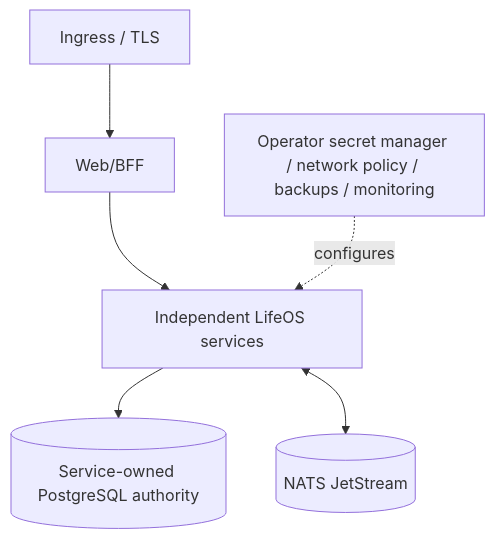
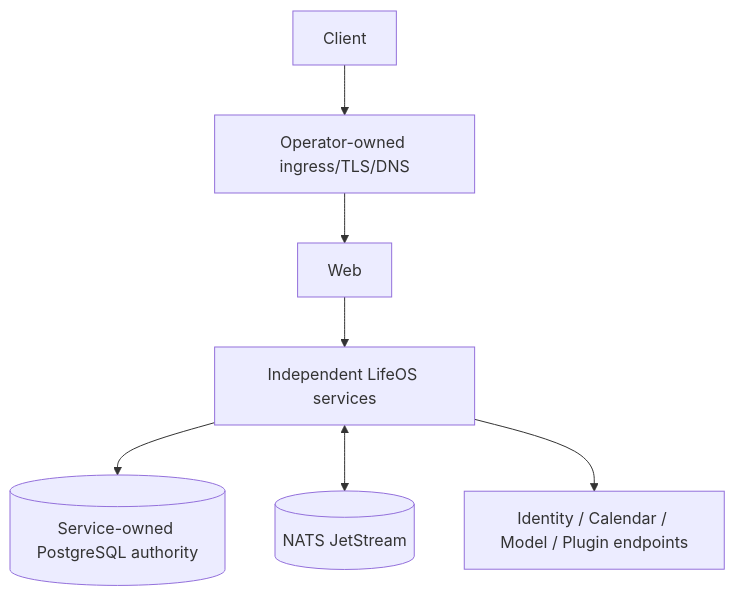
Before and after one commit to ContextualWisdomLab/life-os: diagram 13 of 14 in docs/UML.md, drawn with Mermaid. The commit also changed other lines of this file, not shown here.

Commit message:
docs(uml): reconcile current integration and verification flows

````diff
--- a/docs/UML.md
+++ b/docs/UML.md
@@ -248,8 +232,9 @@
 ```mermaid
 flowchart TB
-    Ingress[Ingress / TLS] --> Web[Web/BFF]
+    Client --> Ingress[Operator-owned ingress/TLS/DNS]
+    Ingress --> Web
     Web --> Services[Independent LifeOS services]
     Services --> Pg[(Service-owned PostgreSQL authority)]
     Services <--> NATS[(NATS JetStream)]
-    Operator[Operator secret manager / network policy / backups / monitoring] -. configures .-> Services
+    Services --> Providers[Identity / Calendar / Model / Plugin endpoints]
 ```
````
